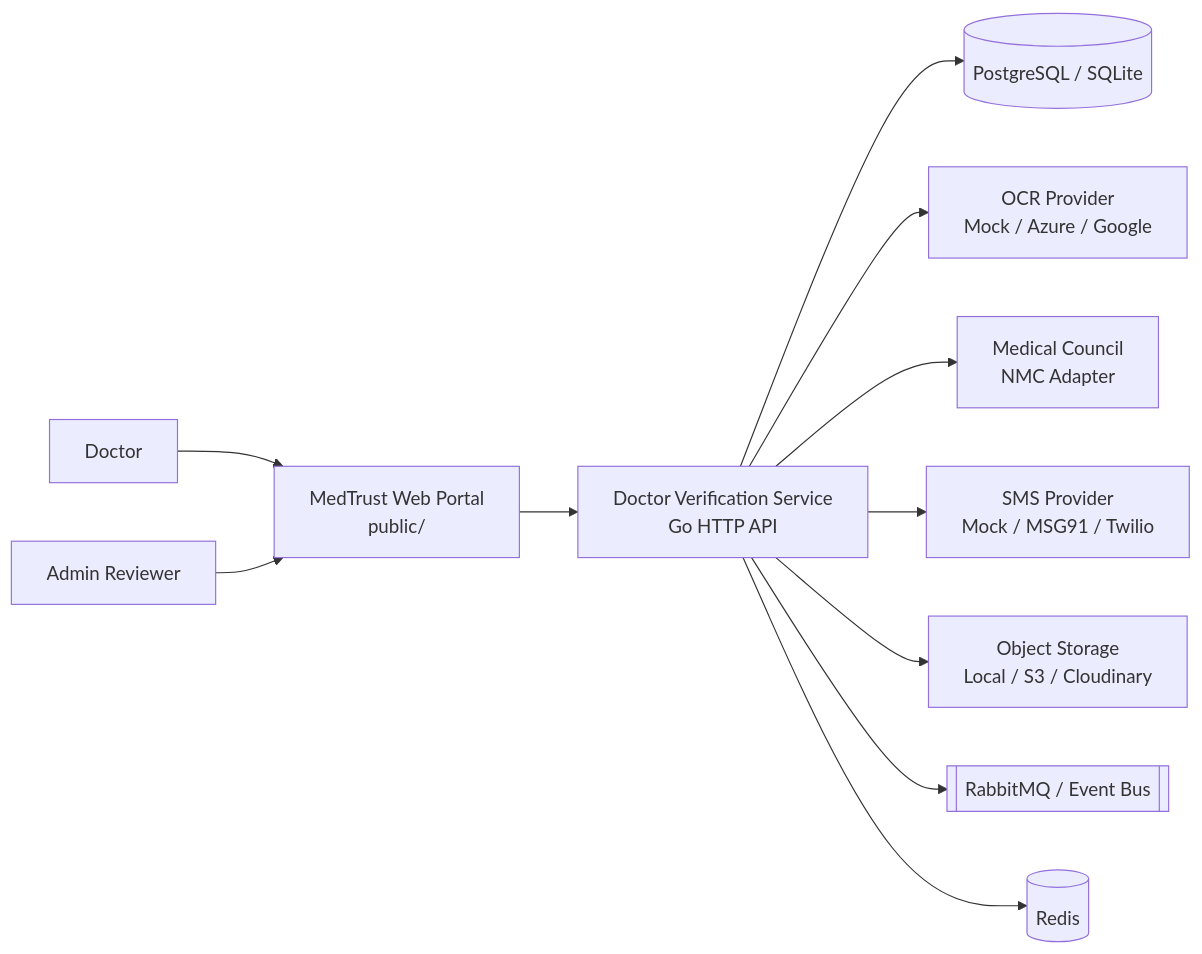
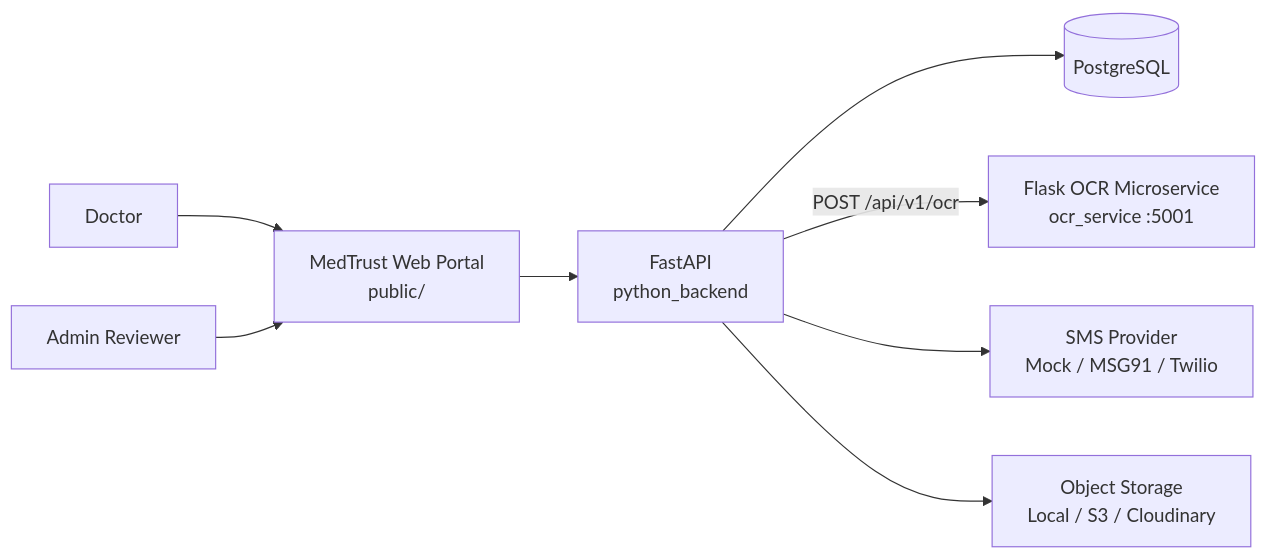
The first of 11 diagrams in docs/ARCHITECTURE.md (Saravanan2005real/zudoc-doctor-portal-EKYC), drawn with Mermaid before and after one commit. The commit also changed other lines of this file and 1 other file, not shown here.

First line of the commit message:
Rewrite README and architecture docs for the Python eKYC pipeline.

````diff
--- a/docs/ARCHITECTURE.md
+++ b/docs/ARCHITECTURE.md
@@ -11,25 +13,19 @@
 ```mermaid
 flowchart LR
   Doctor[Doctor]
   Admin[Admin Reviewer]
   Portal[MedTrust Web Portal<br/>public/]
-  API[Doctor Verification Service<br/>Go HTTP API]
-  PG[(PostgreSQL / SQLite)]
-  OCR[OCR Provider<br/>Mock / Azure / Google]
-  Council[Medical Council<br/>NMC Adapter]
+  API[FastAPI<br/>python_backend]
+  PG[(PostgreSQL)]
+  OCR[Flask OCR Microservice<br/>ocr_service :5001]
   SMS[SMS Provider<br/>Mock / MSG91 / Twilio]
   Store[Object Storage<br/>Local / S3 / Cloudinary]
-  MQ[[RabbitMQ / Event Bus]]
-  Redis[(Redis)]
 
   Doctor --> Portal
   Admin --> Portal
   Portal --> API
   API --> PG
-  API --> OCR
-  API --> Council
+  API -->|POST /api/v1/ocr| OCR
   API --> SMS
   API --> Store
-  API --> MQ
-  API --> Redis
 ```
````
